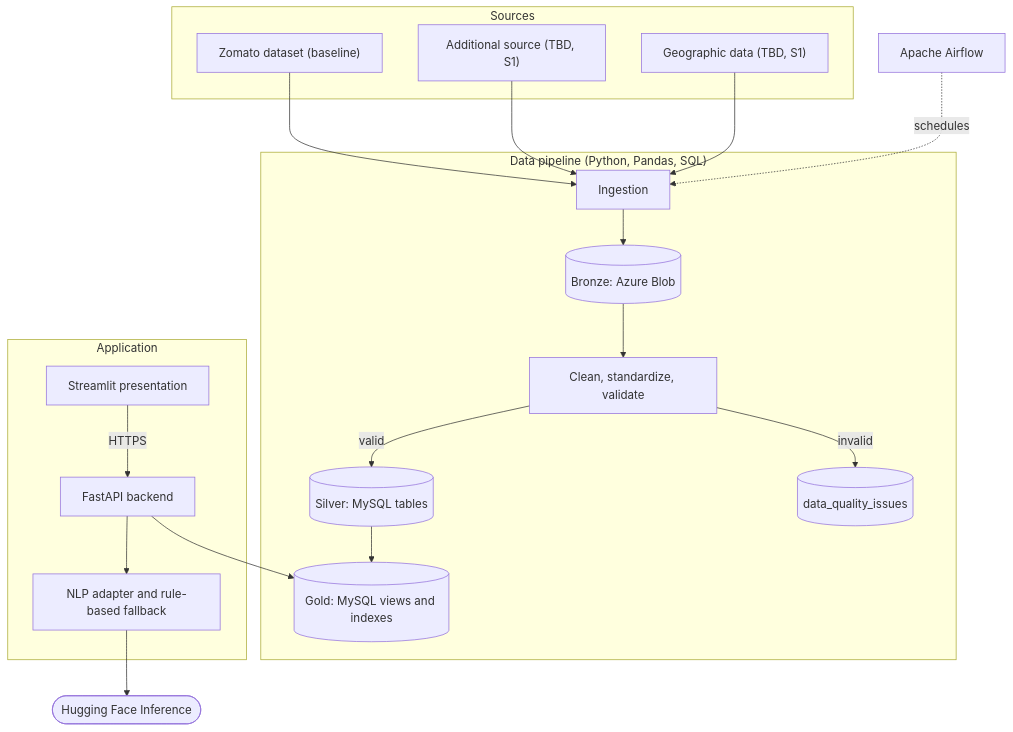
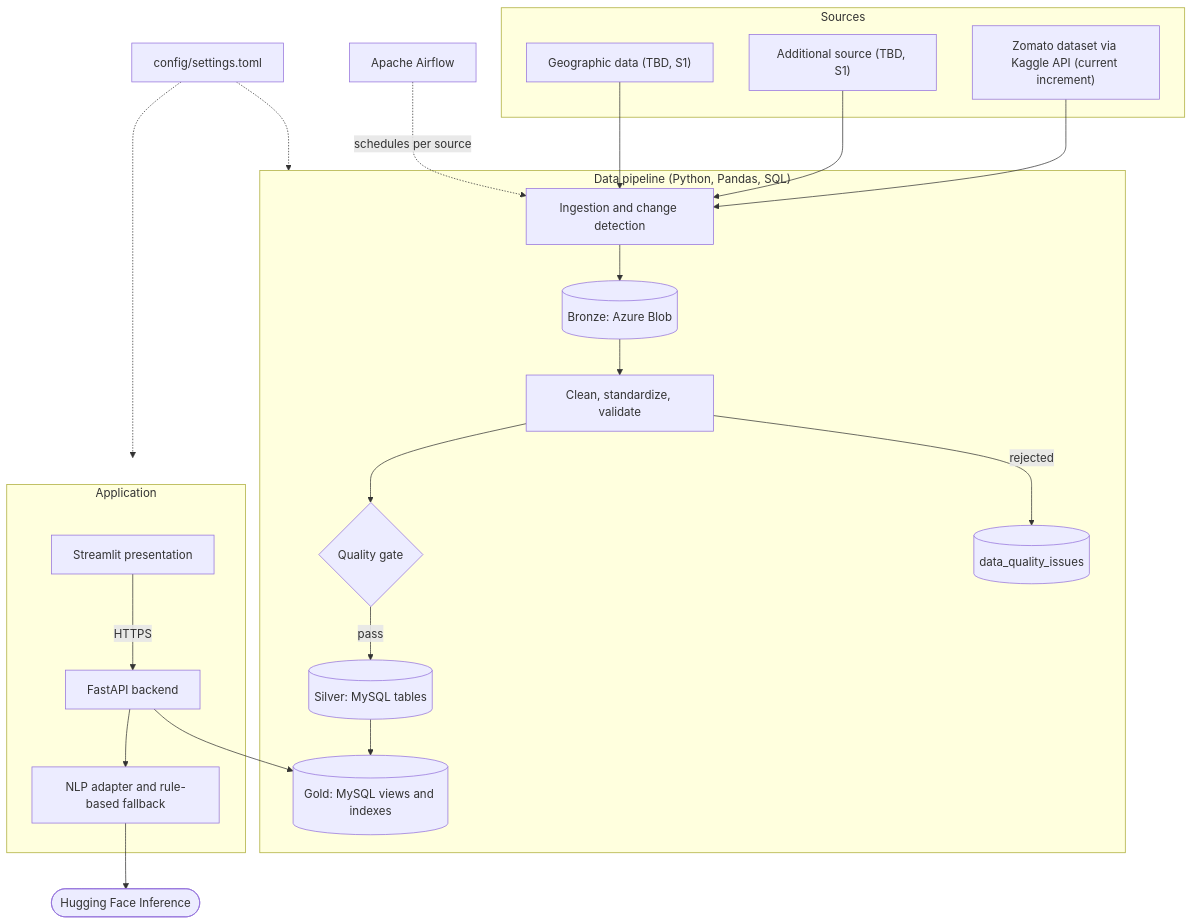
The second of 9 diagrams in docs/ARCHITECTURE.md (Ziad17-Ai/Global-Restaurant-Explorer-), drawn with Mermaid before and after one commit. The commit also changed other lines of this file and 7 other files, not shown here.

Commit message:
docs(docs): align core architecture, srs, style, and agent guide

````diff
--- a/docs/ARCHITECTURE.md
+++ b/docs/ARCHITECTURE.md
@@ -40,36 +55,41 @@
 ```mermaid
 flowchart TB
     subgraph SRC["Sources"]
-        Z["Zomato dataset (baseline)"]
+        Z["Zomato dataset via Kaggle API (current increment)"]
         O["Additional source (TBD, S1)"]
         G["Geographic data (TBD, S1)"]
     end
     subgraph PIPE["Data pipeline (Python, Pandas, SQL)"]
-        ING["Ingestion"]
+        ING["Ingestion and change detection"]
         BR[("Bronze: Azure Blob")]
         CLN["Clean, standardize, validate"]
+        QG{"Quality gate"}
         SIL[("Silver: MySQL tables")]
         QUA[("data_quality_issues")]
         GLD[("Gold: MySQL views and indexes")]
         ING --> BR
         BR --> CLN
-        CLN -->|valid| SIL
-        CLN -->|invalid| QUA
+        CLN -->|rejected| QUA
+        CLN --> QG
+        QG -->|pass| SIL
         SIL --> GLD
     end
     AF["Apache Airflow"]
+    CFG["config/settings.toml"]
     subgraph APP["Application"]
         WEB["Streamlit presentation"]
         API["FastAPI backend"]
         NLPA["NLP adapter and rule-based fallback"]
         WEB -->|HTTPS| API
         API --> NLPA
     end
     HF(["Hugging Face Inference"])
     Z --> ING
     O --> ING
     G --> ING
-    AF -.->|schedules| ING
+    AF -.->|schedules per source| ING
+    CFG -.-> PIPE
+    CFG -.-> APP
     API --> GLD
     NLPA --> HF
 ```
````
